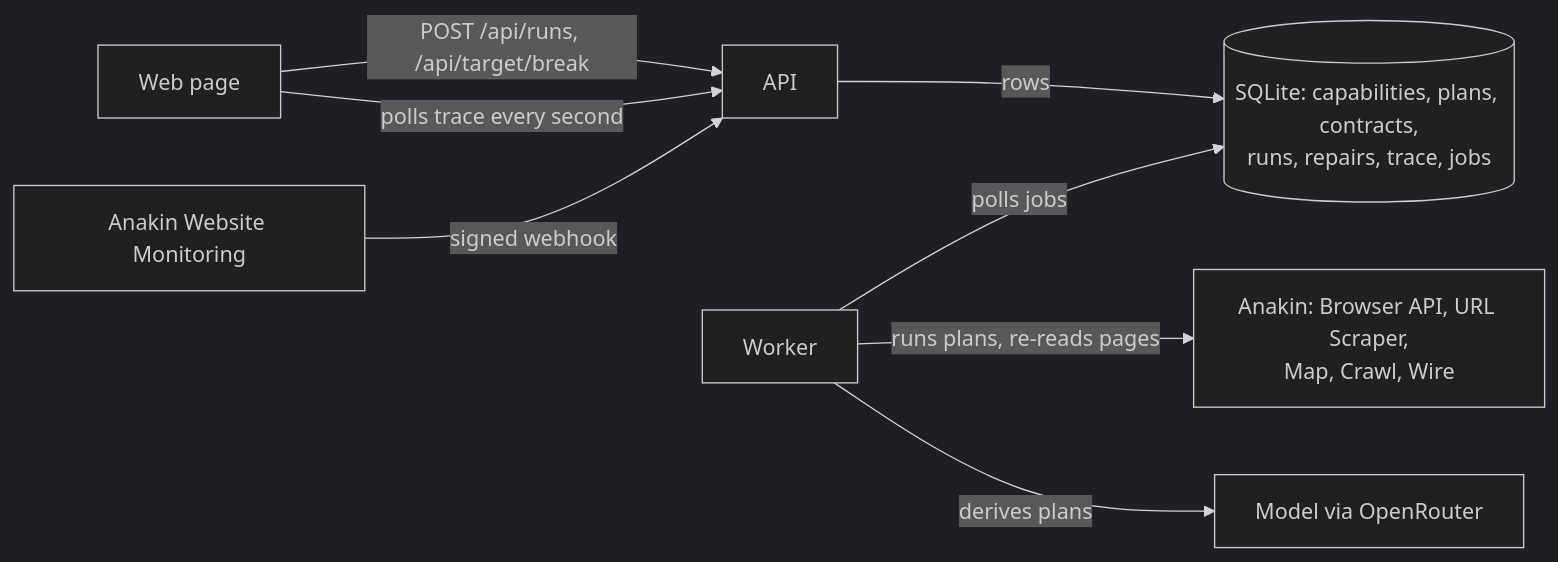
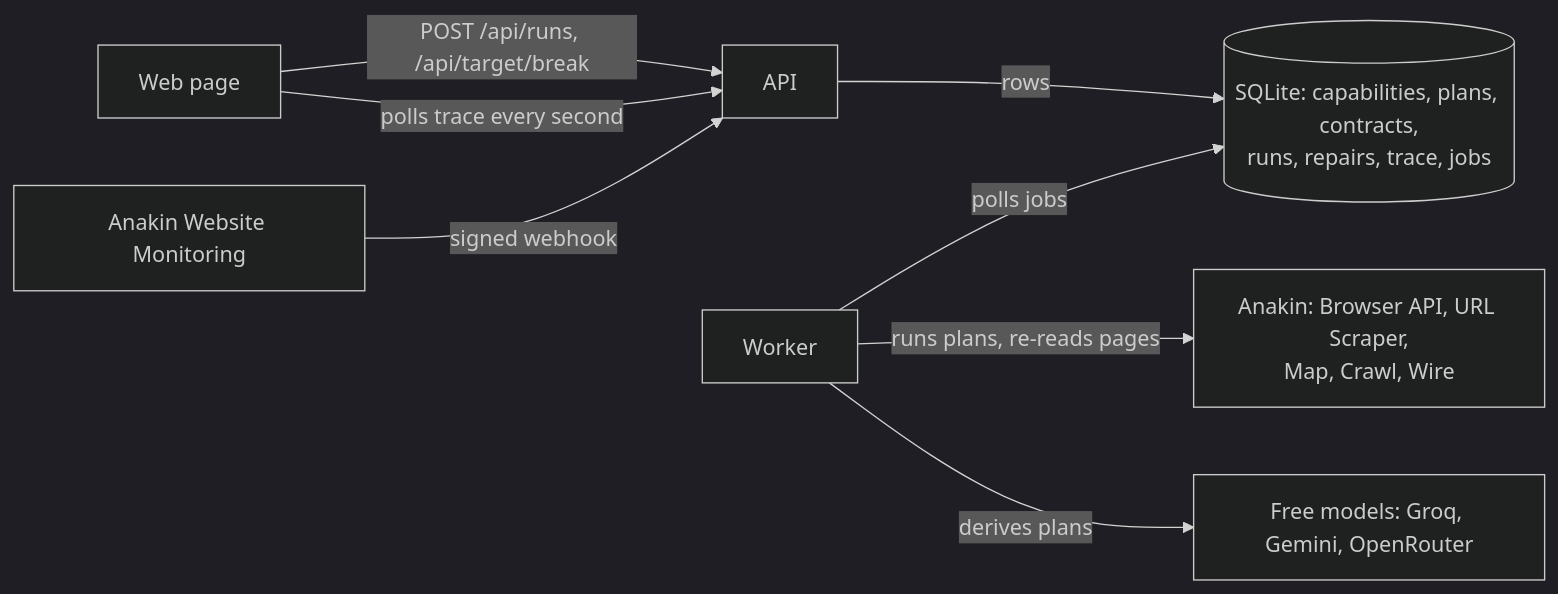
Before and after one commit to shivang-goliyan/anvil: the diagram in README.md, drawn with Mermaid (dark theme). The commit also changed other lines of this file and 3 other files, not shown here.

````diff
--- a/README.md
+++ b/README.md
@@ -23,10 +23,10 @@
 ```mermaid
 flowchart LR
   page[Web page] -- POST /api/runs, /api/target/break --> api[API]
   api -- rows --> db[(SQLite: capabilities, plans, contracts,<br/>runs, repairs, trace, jobs)]
   worker[Worker] -- polls jobs --> db
   worker -- runs plans, re-reads pages --> anakin[Anakin: Browser API, URL Scraper,<br/>Map, Crawl, Wire]
-  worker -- derives plans --> model[Model via OpenRouter]
+  worker -- derives plans --> model[Free models: Groq, Gemini, OpenRouter]
   monitor[Anakin Website Monitoring] -- signed webhook --> api
   page -- polls trace every second --> api
 ```
````
